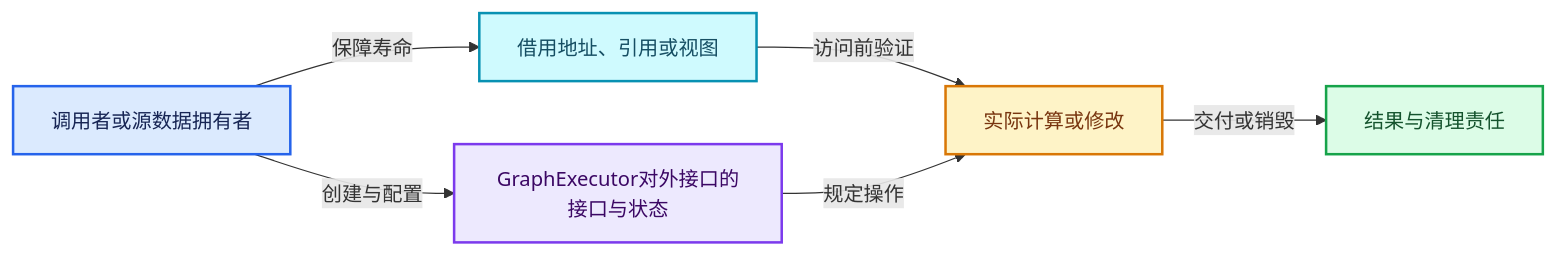
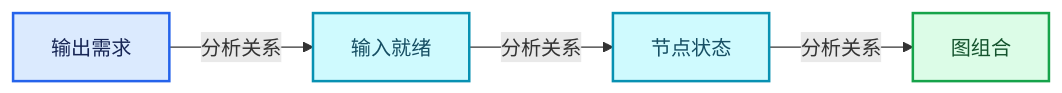
The third of 4 diagrams in 杂/markdown/全面学习-codex/09-LazyFunction与节点执行架构/06-GraphExecutor对外接口.md (yunkezengren/blender-.vscode), drawn with Mermaid before and after one commit. The commit also changed other lines of this file and 1930 other files, not shown here.

````diff
--- a/杂/markdown/全面学习-codex/09-LazyFunction与节点执行架构/06-GraphExecutor对外接口.md
+++ b/杂/markdown/全面学习-codex/09-LazyFunction与节点执行架构/06-GraphExecutor对外接口.md
@@ -569,19 +60,16 @@
 ```mermaid
 flowchart LR
-  O["调用者或源数据拥有者"]:::input
-  V["GraphExecutor对外接口的接口与状态"]:::abstraction
-  B["借用地址、引用或视图"]:::data
-  W["实际计算或修改"]:::compute
-  R["结果与清理责任"]:::result
-  O -->|"创建与配置"| V
-  O -->|"保障寿命"| B
-  B -->|"访问前验证"| W
-  V -->|"规定操作"| W
-  W -->|"交付或销毁"| R
+  P0["输出需求"]:::input
+  P1["输入就绪"]:::data
+  P2["节点状态"]:::data
+  P3["图组合"]:::result
+  P0 -->|"分析关系"| P1
+  P1 -->|"分析关系"| P2
+  P2 -->|"分析关系"| P3
   classDef input fill:#DBEAFE,stroke:#2563EB,color:#172554,stroke-width:2px;
   classDef data fill:#CFFAFE,stroke:#0891B2,color:#164E63,stroke-width:2px;
   classDef abstraction fill:#EDE9FE,stroke:#7C3AED,color:#3B0764,stroke-width:2px;
   classDef compute fill:#FEF3C7,stroke:#D97706,color:#78350F,stroke-width:2px;
   classDef result fill:#DCFCE7,stroke:#16A34A,color:#14532D,stroke-width:2px;
   classDef error fill:#FEE2E2,stroke:#DC2626,color:#7F1D1D,stroke-width:2px;
 ```
````
